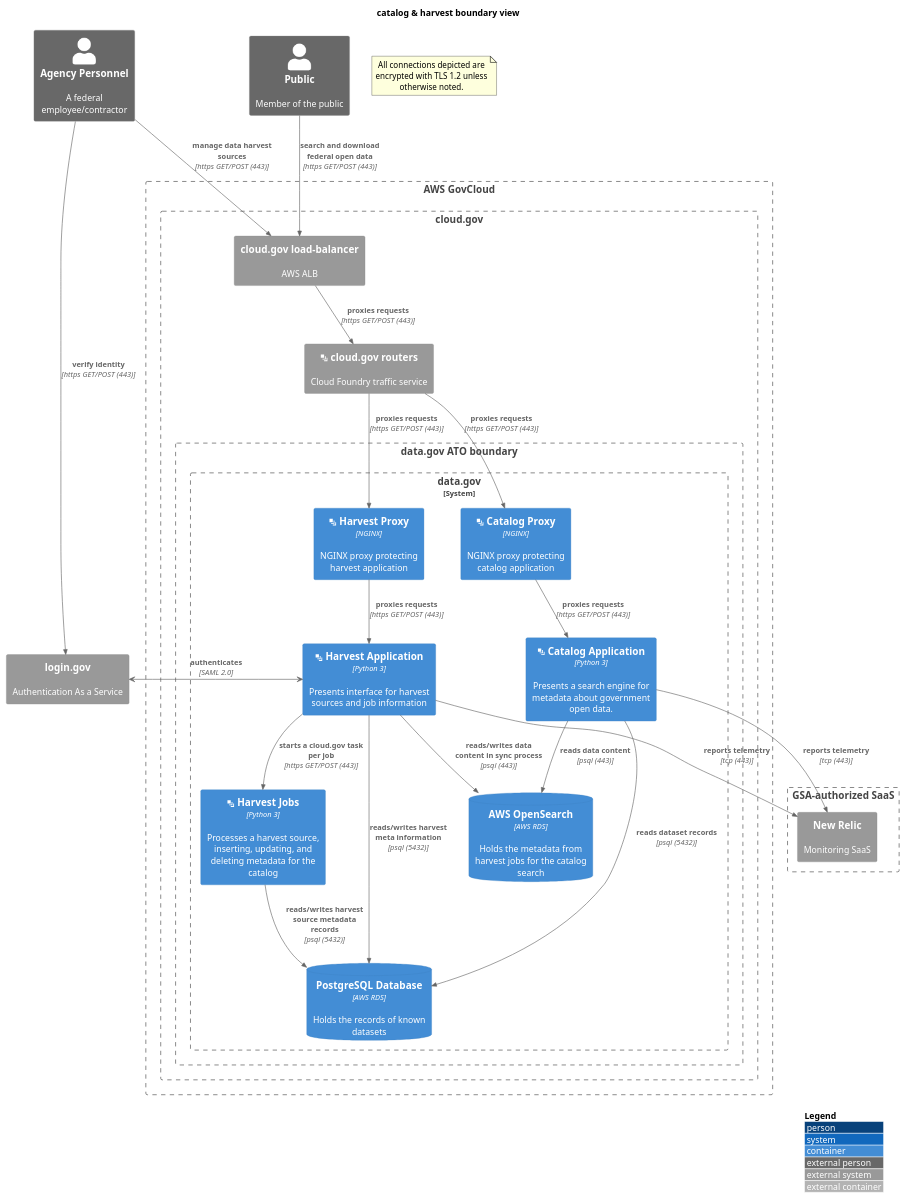
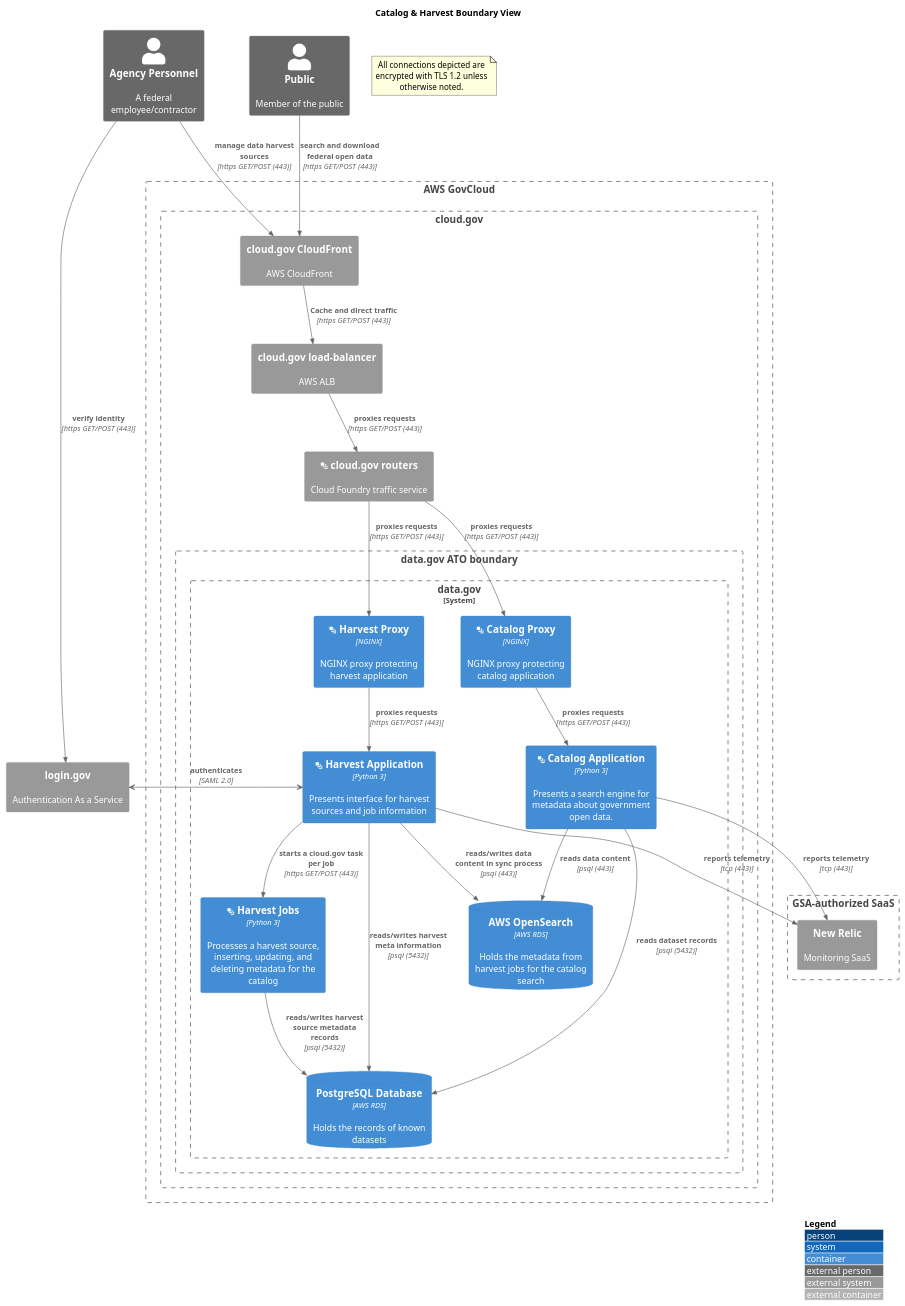
The diagram in apps/harvest&catalog.boundary.md (GSA/datagov-compliance), drawn with PlantUML before and after one commit. The commit also changed other lines of this file and 11 other files, not shown here.

Commit message:
Updated per comments, cleaned titles and added CloudFront

````diff
--- a/apps/harvest&catalog.boundary.md
+++ b/apps/harvest&catalog.boundary.md
@@ -3,53 +3,55 @@
 ```plantuml
 @startuml
 !include https://raw.githubusercontent.com/plantuml-stdlib/C4-PlantUML/master/C4_Container.puml
 ' uncomment the following line and comment the first to use locally
 ' !include C4_Container.puml
 LAYOUT_WITH_LEGEND()
-title catalog & harvest boundary view
+title Catalog & Harvest Boundary View
 Person_Ext(personnel, "Agency Personnel", "A federal employee/contractor")
 Person_Ext(public, "Public", "Member of the public")
 note as EncryptionNote
 All connections depicted are encrypted with TLS 1.2 unless otherwise noted.
 end note
 Boundary(aws, "AWS GovCloud") {
     Boundary(cloudgov, "cloud.gov") {
+        System_Ext(cloudfront, "cloud.gov CloudFront", "AWS CloudFront")
         System_Ext(aws_alb, "cloud.gov load-balancer", "AWS ALB")
         System_Ext(cloudgov_router, "<&layers> cloud.gov routers", "Cloud Foundry traffic service")
         Boundary(atob, "data.gov ATO boundary") {
             System_Boundary(harvest, "data.gov") {
                 Container(harvest_proxy, "<&layers> Harvest Proxy", "NGINX", "NGINX proxy protecting harvest application")
                 Container(harvest_app, "<&layers> Harvest Application", "Python 3", "Presents interface for harvest sources and job information")
                 Container(catalog_proxy, "<&layers> Catalog Proxy", "NGINX", "NGINX proxy protecting catalog application")
                 Container(catalog_app, "<&layers> Catalog Application", "Python 3", "Presents a search engine for metadata about government open data.")
                 Container(harvest_jobs, "<&layers> Harvest Jobs", "Python 3", "Processes a harvest source, inserting, updating, and deleting metadata for the catalog")
                 ContainerDb(harvest_db, "PostgreSQL Database", "AWS RDS", "Holds the records of known datasets")
                 ContainerDb(catalog_openSearch, "AWS OpenSearch", "AWS RDS", "Holds the metadata from harvest jobs for the catalog search")
             }
         }
     }
 }
 Boundary(gsa_saas, "GSA-authorized SaaS") {
     System_Ext(newrelic, "New Relic", "Monitoring SaaS")
 }
 System_Ext(login, "login.gov", "Authentication As a Service")
 harvest_app <-> login : **authenticates** \n//[SAML 2.0]//
 Rel(personnel, login, "verify identity", "https GET/POST (443)")
 Rel(harvest_app, newrelic, "reports telemetry", "tcp (443)")
 Rel(catalog_app, newrelic, "reports telemetry", "tcp (443)")
-Rel(personnel, aws_alb, "manage data harvest sources", "https GET/POST (443)")
-Rel(public, aws_alb, "search and download federal open data", "https GET/POST (443)")
+Rel(personnel, cloudfront, "manage data harvest sources", "https GET/POST (443)")
+Rel(public, cloudfront, "search and download federal open data", "https GET/POST (443)")
+Rel(cloudfront, aws_alb, "Cache and direct traffic", "https GET/POST (443)")
 Rel(aws_alb, cloudgov_router, "proxies requests", "https GET/POST (443)")
 Rel(cloudgov_router, harvest_proxy, "proxies requests", "https GET/POST (443)")
 Rel(cloudgov_router, catalog_proxy, "proxies requests", "https GET/POST (443)")
 Rel(harvest_proxy, harvest_app, "proxies requests", "https GET/POST (443)")
 Rel(catalog_proxy, catalog_app, "proxies requests", "https GET/POST (443)")
 Rel(harvest_app, harvest_db, "reads/writes harvest meta information", "psql (5432)")
 Rel(harvest_app, catalog_openSearch, "reads/writes data content in sync process", "psql (443)")
 Rel(catalog_app, harvest_db, "reads dataset records", "psql (5432)")
 Rel(catalog_app, catalog_openSearch, "reads data content", "psql (443)")
 Rel(harvest_jobs, harvest_db, "reads/writes harvest source metadata records", "psql (5432)")
 Rel(harvest_app, harvest_jobs, "starts a cloud.gov task per job", "https GET/POST (443)")
 
 @enduml
 ```
````
